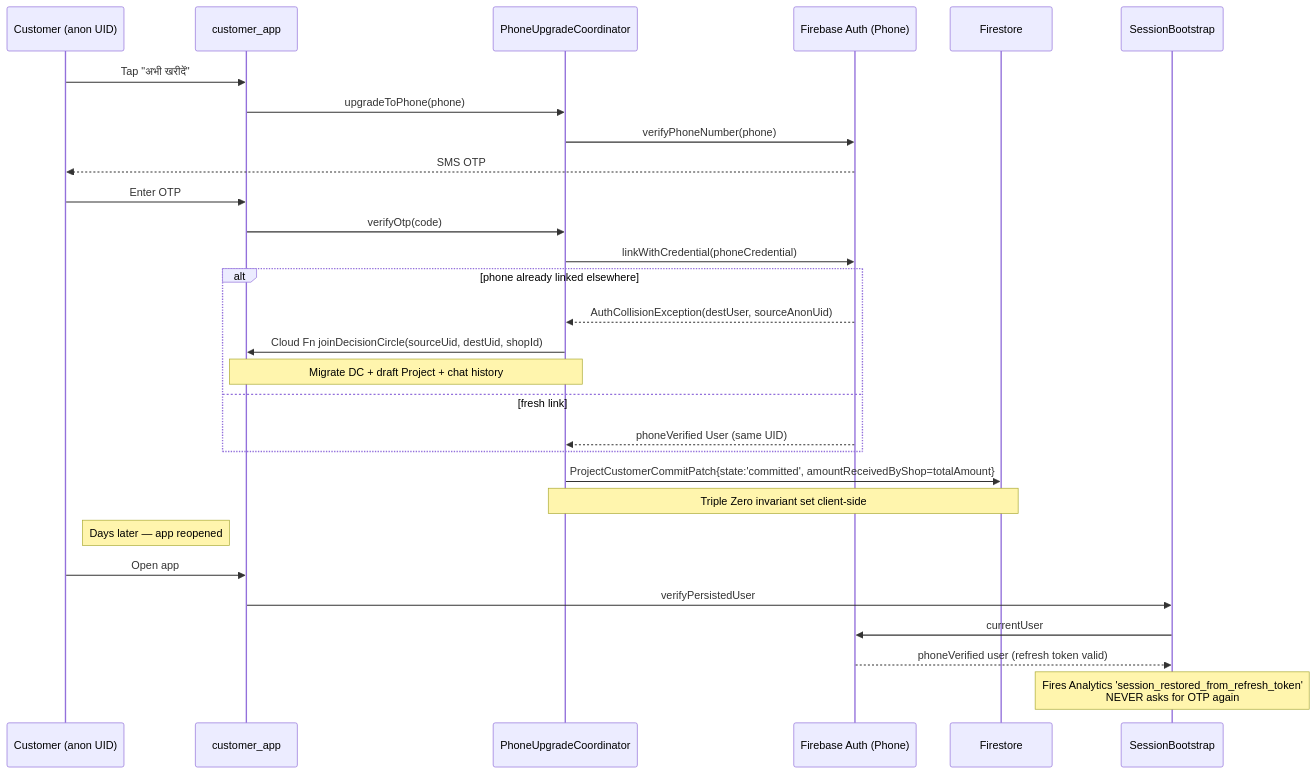
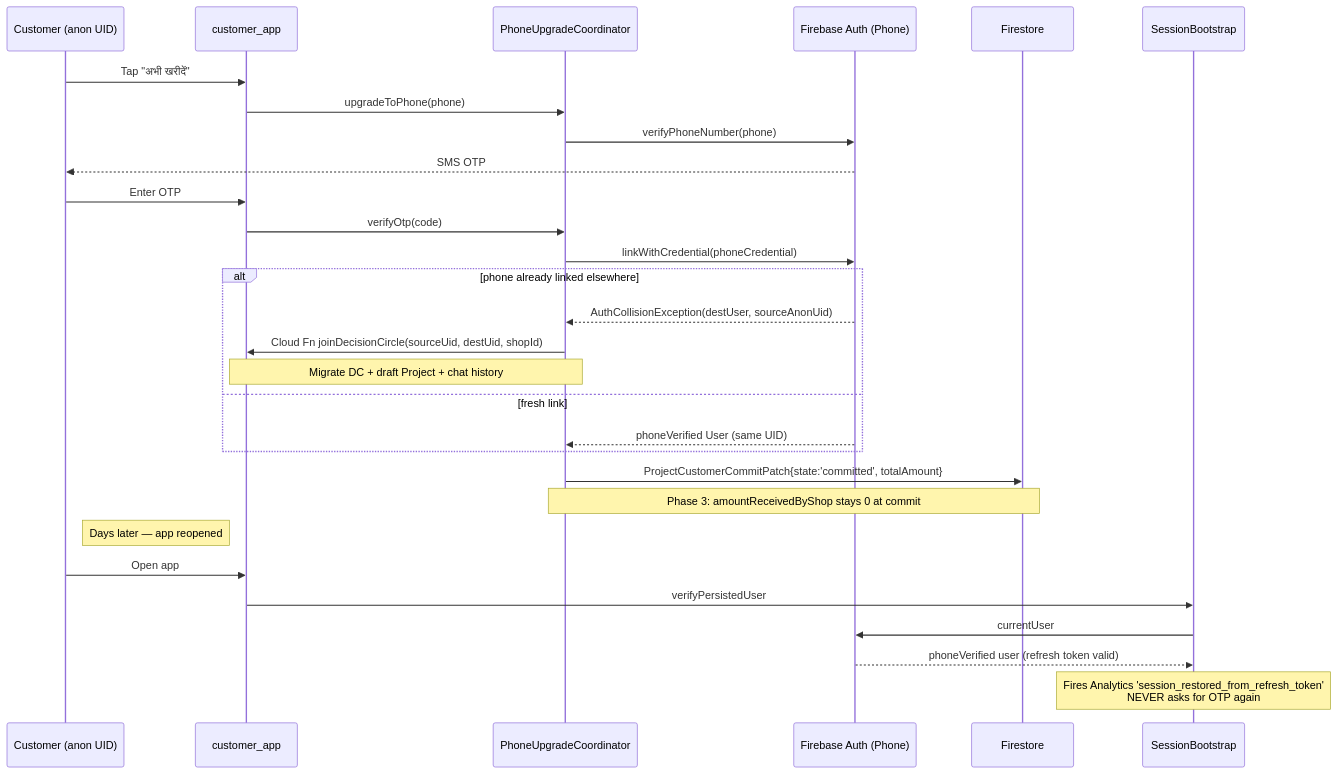
Before and after one commit to aloktiwarigit/sunil_trading_comp: the sixth of 16 diagrams in docs/architecture-source-of-truth.md, drawn with Mermaid. The commit also changed other lines of this file and 4 other files, not shown here.

````diff
--- a/docs/architecture-source-of-truth.md
+++ b/docs/architecture-source-of-truth.md
@@ -783,32 +783,32 @@
 ```mermaid
 sequenceDiagram
     participant U as Customer (anon UID)
     participant App as customer_app
     participant PUC as PhoneUpgradeCoordinator
     participant FB as Firebase Auth (Phone)
     participant FS as Firestore
 
     U->>App: Tap "अभी खरीदें"
     App->>PUC: upgradeToPhone(phone)
     PUC->>FB: verifyPhoneNumber(phone)
     FB-->>U: SMS OTP
     U->>App: Enter OTP
     App->>PUC: verifyOtp(code)
     PUC->>FB: linkWithCredential(phoneCredential)
     alt phone already linked elsewhere
         FB-->>PUC: AuthCollisionException(destUser, sourceAnonUid)
         PUC->>App: Cloud Fn joinDecisionCircle(sourceUid, destUid, shopId)
         Note over PUC,App: Migrate DC + draft Project + chat history
     else fresh link
         FB-->>PUC: phoneVerified User (same UID)
     end
-    PUC->>FS: ProjectCustomerCommitPatch{state:'committed', amountReceivedByShop=totalAmount}
-    Note over PUC,FS: Triple Zero invariant set client-side
+    PUC->>FS: ProjectCustomerCommitPatch{state:'committed', totalAmount}
+    Note over PUC,FS: Phase 3: amountReceivedByShop stays 0 at commit
     
     Note right of U: Days later — app reopened
     U->>App: Open app
     App->>SessionBootstrap: verifyPersistedUser
     SessionBootstrap->>FB: currentUser
     FB-->>SessionBootstrap: phoneVerified user (refresh token valid)
     Note over SessionBootstrap: Fires Analytics 'session_restored_from_refresh_token'<br/>NEVER asks for OTP again
 ```
````
